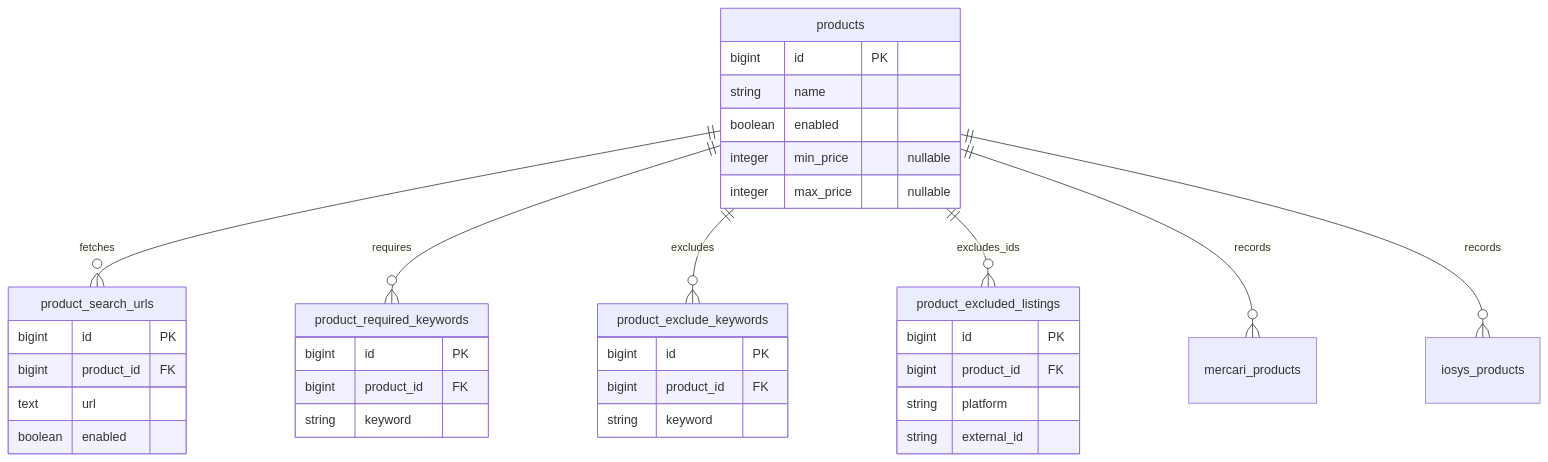
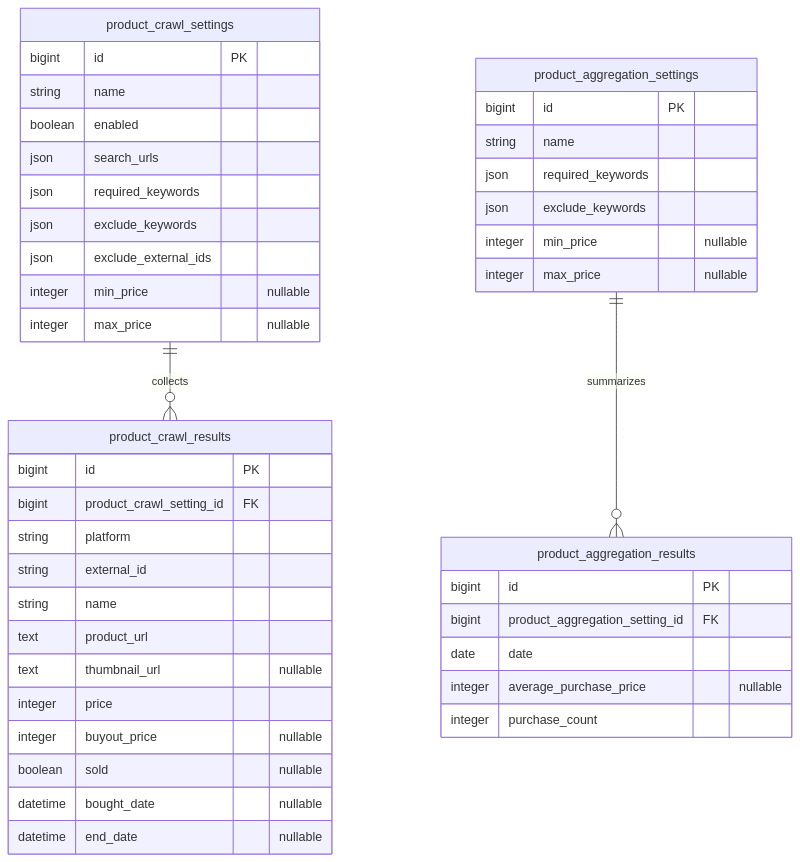
The diagram in PLAN.md (kuroweb/price-monitoring), drawn with Mermaid before and after one commit. The commit also changed other lines of this file and 4 other files, not shown here.

````diff
--- a/PLAN.md
+++ b/PLAN.md
@@ -50,38 +27,45 @@
 ```mermaid
 erDiagram
-  products ||--o{ product_search_urls : fetches
-  products ||--o{ product_required_keywords : requires
-  products ||--o{ product_exclude_keywords : excludes
-  products ||--o{ product_excluded_listings : excludes_ids
-  products ||--o{ mercari_products : records
-  products ||--o{ iosys_products : records
-  products {
+  product_crawl_settings ||--o{ product_crawl_results : collects
+  product_aggregation_settings ||--o{ product_aggregation_results : summarizes
+  product_crawl_settings {
     bigint id PK
     string name
     boolean enabled
+    json search_urls
+    json required_keywords
+    json exclude_keywords
+    json exclude_external_ids
     integer min_price "nullable"
     integer max_price "nullable"
   }
-  product_search_urls {
+  product_crawl_results {
     bigint id PK
-    bigint product_id FK
-    text url
-    boolean enabled
-  }
-  product_required_keywords {
-    bigint id PK
-    bigint product_id FK
-    string keyword
-  }
-  product_exclude_keywords {
-    bigint id PK
-    bigint product_id FK
-    string keyword
-  }
-  product_excluded_listings {
-    bigint id PK
-    bigint product_id FK
+    bigint product_crawl_setting_id FK
     string platform
     string external_id
+    string name
+    text product_url
+    text thumbnail_url "nullable"
+    integer price
+    integer buyout_price "nullable"
+    boolean sold "nullable"
+    datetime bought_date "nullable"
+    datetime end_date "nullable"
+  }
+  product_aggregation_settings {
+    bigint id PK
+    string name
+    json required_keywords
+    json exclude_keywords
+    integer min_price "nullable"
+    integer max_price "nullable"
+  }
+  product_aggregation_results {
+    bigint id PK
+    bigint product_aggregation_setting_id FK
+    date date
+    integer average_purchase_price "nullable"
+    integer purchase_count
   }
 ```
````
